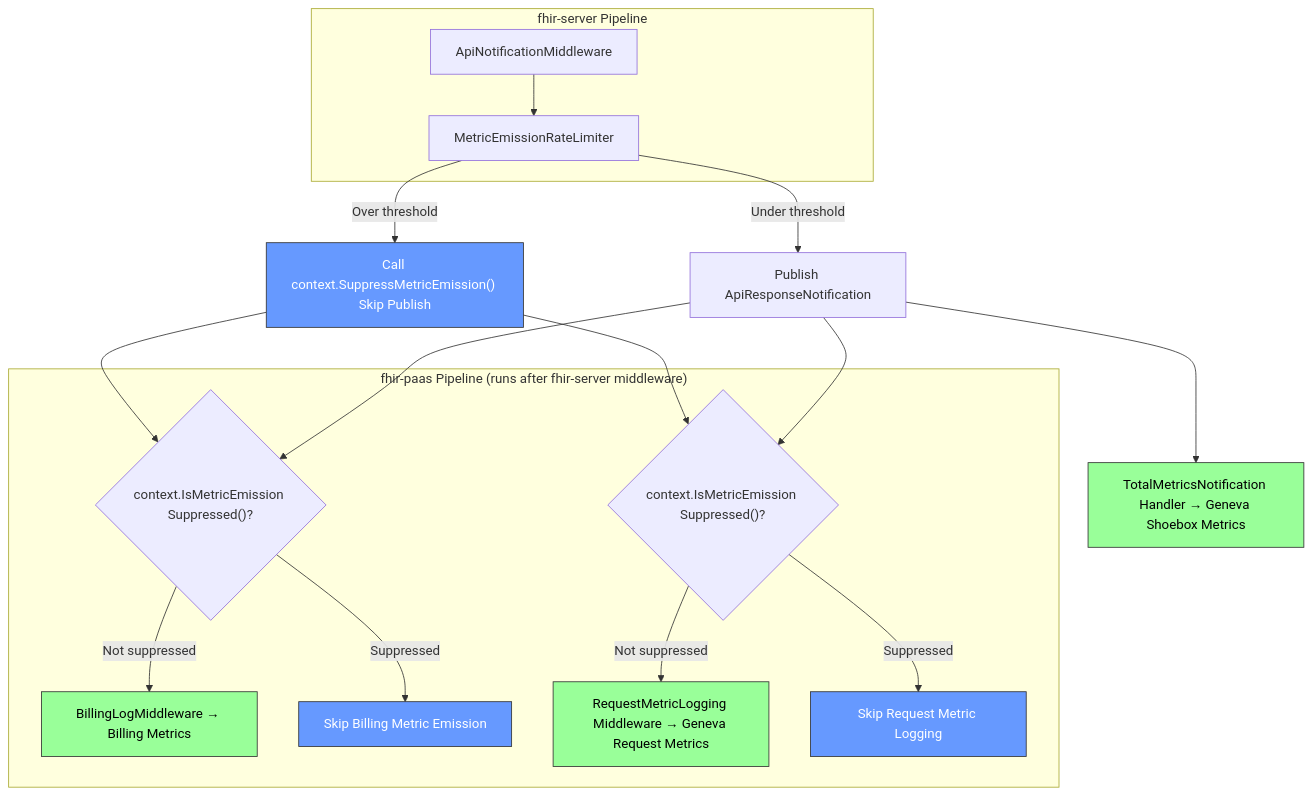
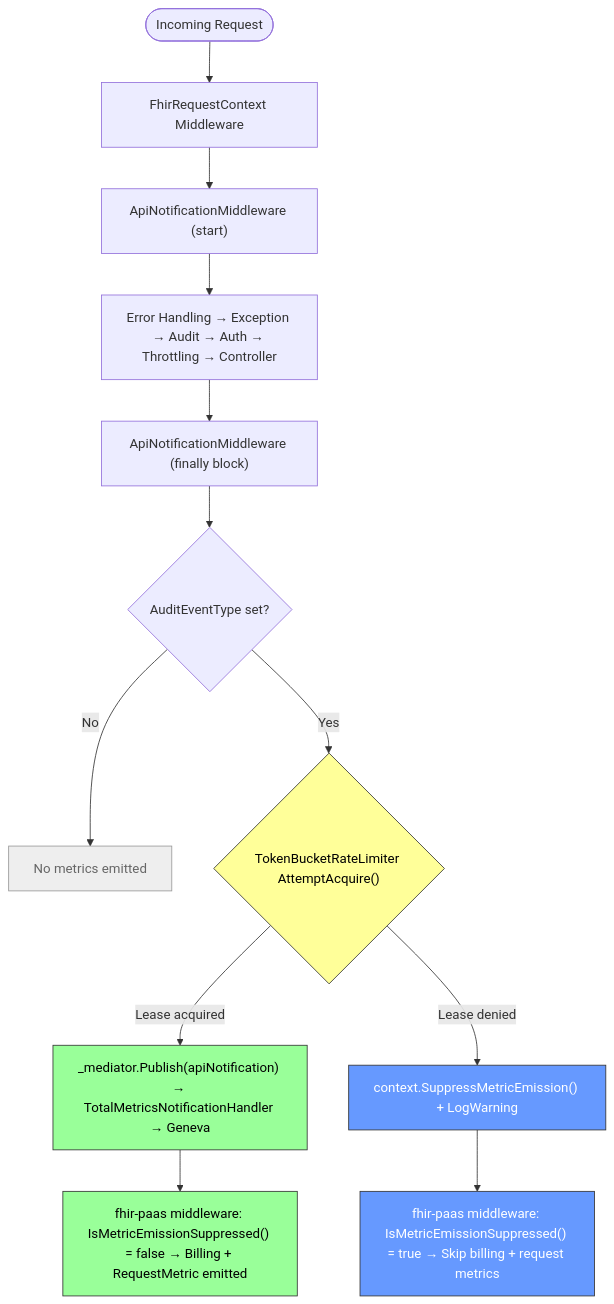
One commit to microsoft/fhir-server changed the fourth of 5 diagrams in docs/arch/adr-2605-metric-emission-rate-limiting.md. Above: the diagram before and after it, drawn with Mermaid. The commit also changed other lines of this file, not shown here.

Commit message:
Simplify rate limiter bucket

````diff
--- a/docs/arch/adr-2605-metric-emission-rate-limiting.md
+++ b/docs/arch/adr-2605-metric-emission-rate-limiting.md
@@ -298,41 +513,25 @@
 ```mermaid
 flowchart TD
-    subgraph fhir_server ["fhir-server Pipeline"]
-        API_MW["ApiNotificationMiddleware"]
-        RATE["MetricEmissionRateLimiter"]
-        API_MW --> RATE
-    end
+    REQ([Incoming Request]) --> CTX[FhirRequestContext Middleware]
+    CTX --> API_START["ApiNotificationMiddleware (start)"]
+    API_START --> PIPELINE["Error Handling → Exception → Audit → Auth → Throttling → Controller"]
 
-    RATE -->|Under threshold| PUB["Publish ApiResponseNotification"]
-    RATE -->|Over threshold| FLAG["Call context.SuppressMetricEmission() Skip Publish"]
+    PIPELINE --> API_FINALLY["ApiNotificationMiddleware (finally block)"]
 
-    PUB --> TOTAL["TotalMetricsNotification Handler → Geneva Shoebox Metrics"]
+    API_FINALLY --> AUDIT_CHECK{AuditEventType set?}
+    AUDIT_CHECK -->|No| SKIP_ALL[No metrics emitted]
+    AUDIT_CHECK -->|Yes| RATE_CHECK{"TokenBucketRateLimiter AttemptAcquire()"}
 
-    subgraph fhir_paas ["fhir-paas Pipeline (runs after fhir-server middleware)"]
-        BILLING_CHECK{"context.IsMetricEmission Suppressed()?"}
-        BILLING_EMIT["BillingLogMiddleware → Billing Metrics"]
-        BILLING_SKIP["Skip Billing Metric Emission"]
+    RATE_CHECK -->|Lease acquired| EMIT["_mediator.Publish(apiNotification) → TotalMetricsNotificationHandler → Geneva"]
+    RATE_CHECK -->|Lease denied| SUPPRESS["context.SuppressMetricEmission() + LogWarning"]
 
-        REQUEST_CHECK{"context.IsMetricEmission Suppressed()?"}
-        REQUEST_EMIT["RequestMetricLogging Middleware → Geneva Request Metrics"]
-        REQUEST_SKIP["Skip Request Metric Logging"]
-    end
+    EMIT --> PAAS_OK["fhir-paas middleware: IsMetricEmissionSuppressed() = false → Billing + RequestMetric emitted"]
+    SUPPRESS --> PAAS_SKIP["fhir-paas middleware: IsMetricEmissionSuppressed() = true → Skip billing + request metrics"]
 
-    FLAG --> BILLING_CHECK
-    FLAG --> REQUEST_CHECK
-    PUB --> BILLING_CHECK
-    PUB --> REQUEST_CHECK
-
-    BILLING_CHECK -->|Not suppressed| BILLING_EMIT
-    BILLING_CHECK -->|Suppressed| BILLING_SKIP
-
-    REQUEST_CHECK -->|Not suppressed| REQUEST_EMIT
-    REQUEST_CHECK -->|Suppressed| REQUEST_SKIP
-
-    style FLAG fill:#69f,stroke:#333,color:#fff
-    style BILLING_SKIP fill:#69f,stroke:#333,color:#fff
-    style REQUEST_SKIP fill:#69f,stroke:#333,color:#fff
-    style TOTAL fill:#9f9,stroke:#333,color:#000
-    style BILLING_EMIT fill:#9f9,stroke:#333,color:#000
-    style REQUEST_EMIT fill:#9f9,stroke:#333,color:#000
+    style RATE_CHECK fill:#ff9,stroke:#333,color:#000
+    style EMIT fill:#9f9,stroke:#333,color:#000
+    style PAAS_OK fill:#9f9,stroke:#333,color:#000
+    style SUPPRESS fill:#69f,stroke:#333,color:#fff
+    style PAAS_SKIP fill:#69f,stroke:#333,color:#fff
+    style SKIP_ALL fill:#eee,stroke:#999,color:#666
 ```
````
